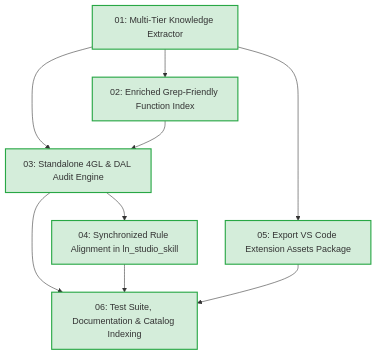
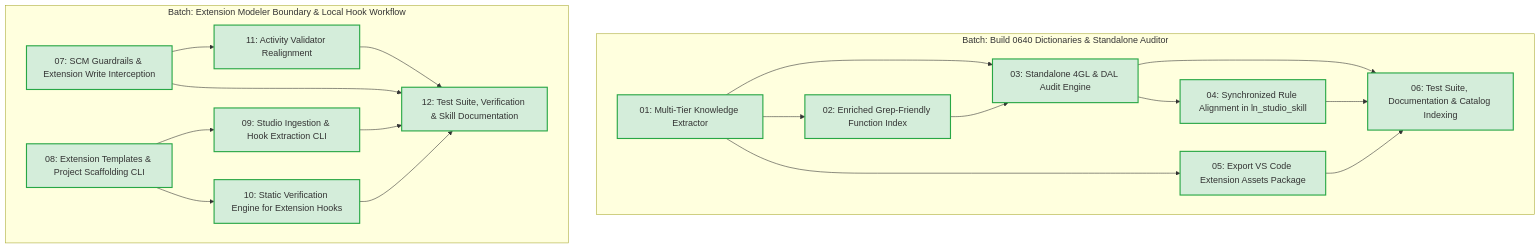
One commit to VerginEvil/Skill_LN changed the diagram in Tickets.md. Above: the diagram before and after it, drawn with Mermaid. The commit also changed other lines of this file and 16 other files, not shown here.

Commit message:
feat: implement Infor LN Extension Modeler boundary, SCM guardrails and local hook workflow (Tickets 07-12)

````diff
--- a/Tickets.md
+++ b/Tickets.md
@@ -17,22 +17,41 @@
 ```mermaid
 flowchart TD
-    T01["01: Multi-Tier Knowledge Extractor"]
-    T02["02: Enriched Grep-Friendly Function Index"]
-    T03["03: Standalone 4GL & DAL Audit Engine"]
-    T04["04: Synchronized Rule Alignment in ln_studio_skill"]
-    T05["05: Export VS Code Extension Assets Package"]
-    T06["06: Test Suite, Documentation & Catalog Indexing"]
+    subgraph Batch1["Batch: Build 0640 Dictionaries & Standalone Auditor"]
+        T01["01: Multi-Tier Knowledge Extractor"]
+        T02["02: Enriched Grep-Friendly Function Index"]
+        T03["03: Standalone 4GL & DAL Audit Engine"]
+        T04["04: Synchronized Rule Alignment in ln_studio_skill"]
+        T05["05: Export VS Code Extension Assets Package"]
+        T06["06: Test Suite, Documentation & Catalog Indexing"]
 
-    T01 --> T02
-    T01 --> T03
-    T02 --> T03
-    T03 --> T04
-    T01 --> T05
-    T03 --> T06
-    T04 --> T06
-    T05 --> T06
+        T01 --> T02
+        T01 --> T03
+        T02 --> T03
+        T03 --> T04
+        T01 --> T05
+        T03 --> T06
+        T04 --> T06
+        T05 --> T06
+    end
+
+    subgraph Batch2["Batch: Extension Modeler Boundary & Local Hook Workflow"]
+        T07["07: SCM Guardrails & Extension Write Interception"]
+        T08["08: Extension Templates & Project Scaffolding CLI"]
+        T09["09: Studio Ingestion & Hook Extraction CLI"]
+        T10["10: Static Verification Engine for Extension Hooks"]
+        T11["11: Activity Validator Realignment"]
+        T12["12: Test Suite, Verification & Skill Documentation"]
+
+        T07 --> T11
+        T08 --> T09
+        T08 --> T10
+        T07 --> T12
+        T09 --> T12
+        T10 --> T12
+        T11 --> T12
+    end
 
     classDef done fill:#d4edda,stroke:#28a745,stroke-width:2px;
 
-    class T01,T02,T03,T04,T05,T06 done;
+    class T01,T02,T03,T04,T05,T06,T07,T08,T09,T10,T11,T12 done;
 ```
````
